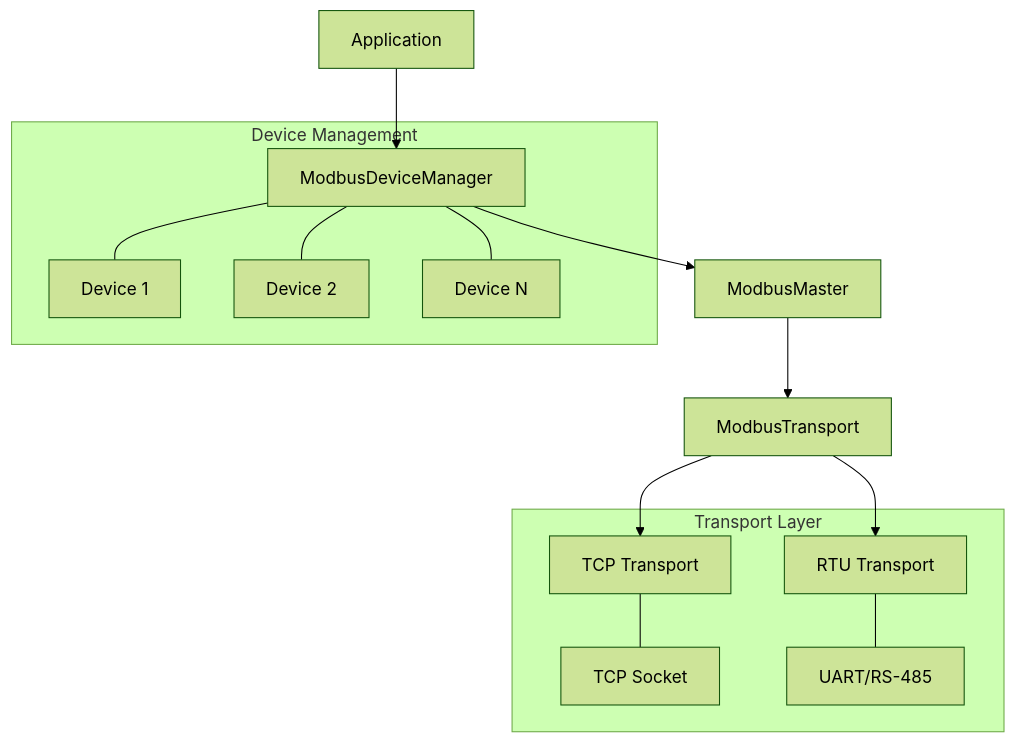
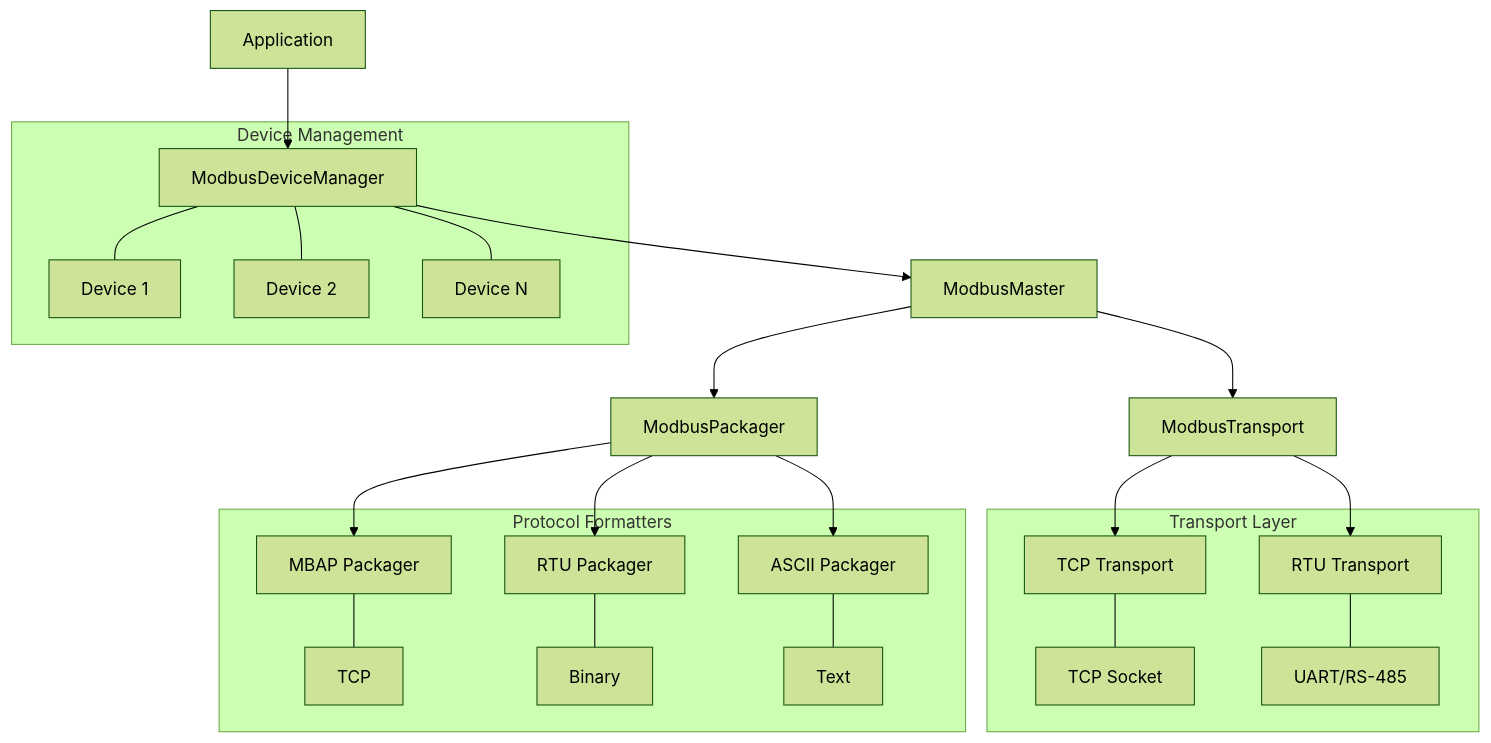
Before and after one commit to Speed-ESP/speed-framework: the first of 2 diagrams in docs/modbus/README.md, drawn with Mermaid (forest theme). The commit also changed other lines of this file and 13 other files, not shown here.

````diff
--- a/docs/modbus/README.md
+++ b/docs/modbus/README.md
@@ -7,19 +7,29 @@
 ```mermaid
 graph TD
     A[Application] --> B[ModbusDeviceManager]
     B --> C[ModbusMaster]
     C --> D[ModbusTransport]
+    C --> P[ModbusPackager]
     D --> E[TCP Transport]
     D --> F[RTU Transport]
+    P --> M[MBAP Packager]
+    P --> R[RTU Packager] 
+    P --> S[ASCII Packager]
     
     subgraph "Device Management"
         B --- G[Device 1]
         B --- H[Device 2]
         B --- I[Device N]
     end
     
     subgraph "Transport Layer"
         E --- J[TCP Socket]
         F --- K[UART/RS-485]
     end
+    
+    subgraph "Protocol Formatters"
+        M --- TCP
+        R --- Binary
+        S --- Text
+    end
 ```
````
